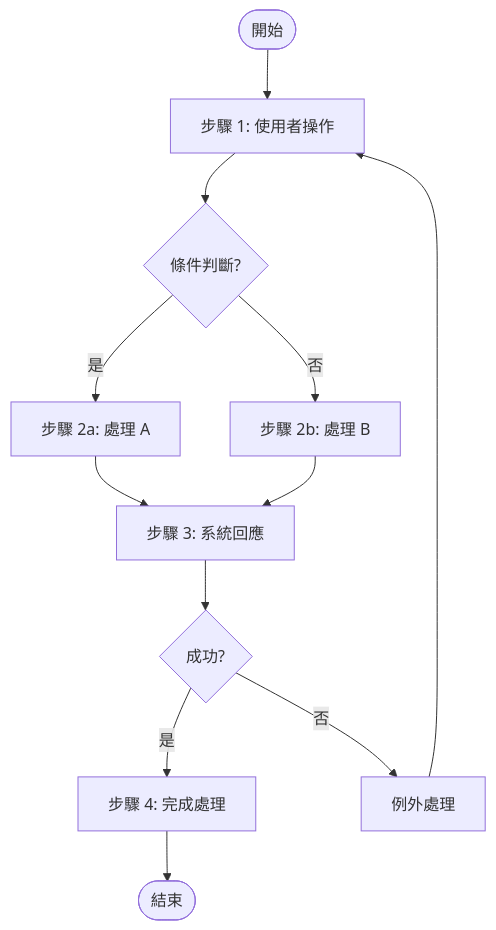
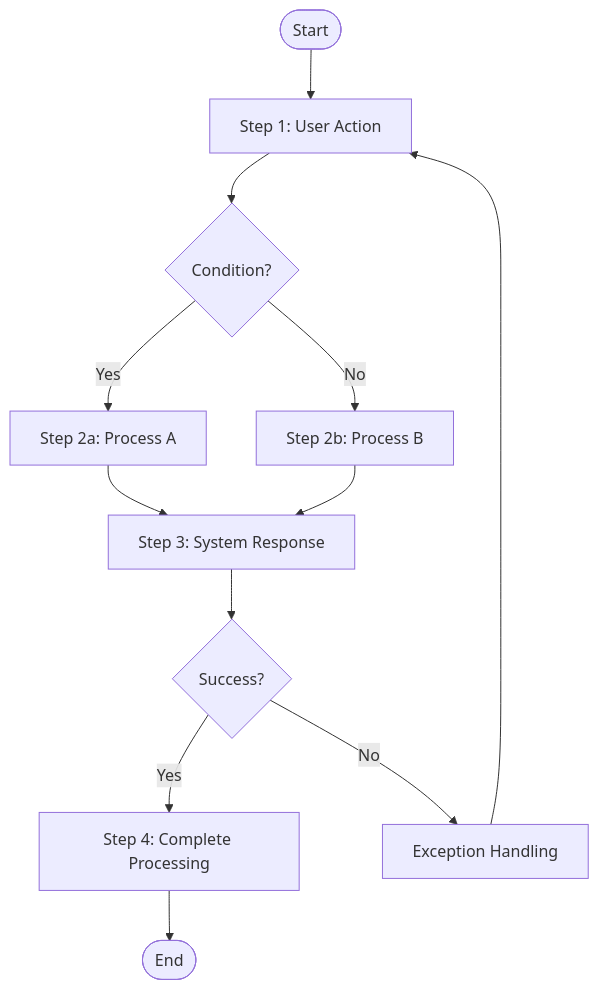
One commit to jrjohn/arcana-skills changed the diagram in app-requirements-skill/references/sdd-template.md. Above: the diagram before and after it, drawn with Mermaid. The commit also changed other lines of this file and 41 other files, not shown here.

````diff
--- a/app-requirements-skill/references/sdd-template.md
+++ b/app-requirements-skill/references/sdd-template.md
@@ -121,14 +121,14 @@
 ```mermaid
 flowchart TD
-    Start([開始]) --> A["步驟 1: 使用者操作"]
-    A --> B{"條件判斷?"}
-    B -->|是| C["步驟 2a: 處理 A"]
-    B -->|否| D["步驟 2b: 處理 B"]
-    C --> E["步驟 3: 系統回應"]
+    Start([Start]) --> A["Step 1: User Action"]
+    A --> B{"Condition?"}
+    B -->|Yes| C["Step 2a: Process A"]
+    B -->|No| D["Step 2b: Process B"]
+    C --> E["Step 3: System Response"]
     D --> E
-    E --> F{"成功?"}
-    F -->|是| G["步驟 4: 完成處理"]
-    F -->|否| H["例外處理"]
+    E --> F{"Success?"}
+    F -->|Yes| G["Step 4: Complete Processing"]
+    F -->|No| H["Exception Handling"]
     H --> A
-    G --> End([結束])
+    G --> End([End])
 ```
````
